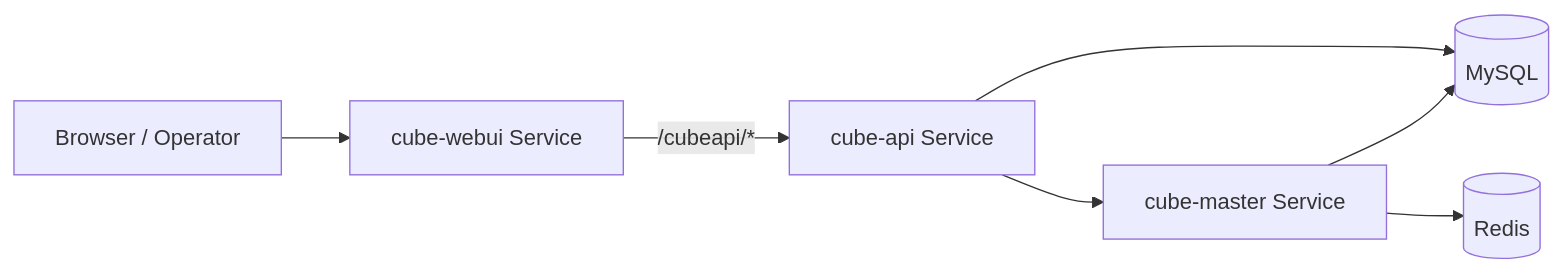
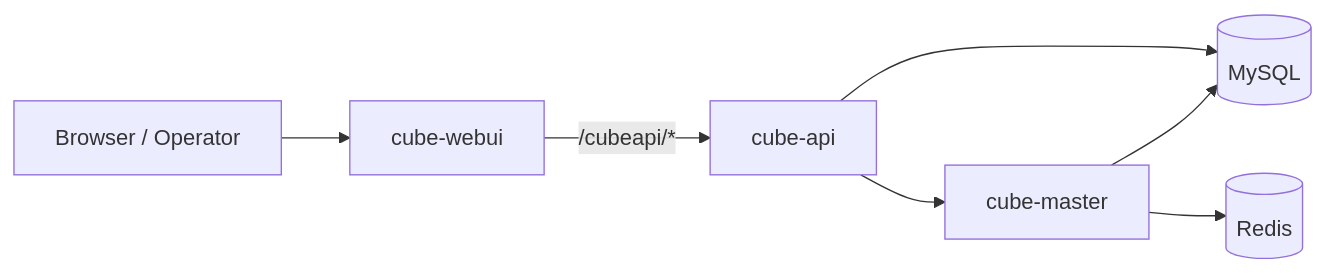
The sixth of 9 diagrams in deploy/kubernetes/chart/docs/ARCHITECTURE.md (TencentCloud/CubeSandbox), drawn with Mermaid before and after one commit. The commit also changed other lines of this file and 42 other files, not shown here.

````diff
--- a/deploy/kubernetes/chart/docs/ARCHITECTURE.md
+++ b/deploy/kubernetes/chart/docs/ARCHITECTURE.md
@@ -295,9 +257,9 @@
 ```mermaid
 flowchart LR
-  U["Browser / Operator"] --> WEB["cube-webui Service"]
-  WEB -->|/cubeapi/*| API["cube-api Service"]
-  API --> CM["cube-master Service"]
+  U["Browser / Operator"] --> WEB["cube-webui"]
+  WEB -->|/cubeapi/*| API["cube-api"]
+  API --> CM["cube-master"]
   API --> MYSQL[("MySQL")]
   CM --> MYSQL
   CM --> REDIS[("Redis")]
 ```
````
